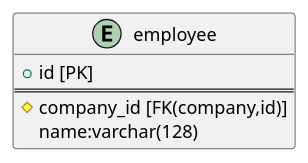
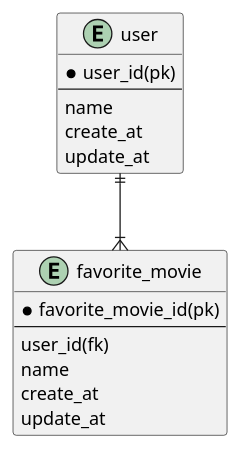
The diagram in ER_code.md (Aso2001409/2021sys-design), drawn with PlantUML before and after one commit. The commit also changed other lines of this file, not shown here.

```diff
--- a/ER_code.md
+++ b/ER_code.md
@@ -2,12 +2,22 @@
 @startuml
 
-
-entity "employee" {    
-    + id [PK]   
-    ==
-    # company_id [FK(company,id)]    
-    name:varchar(128)
+entity user {
+    * user_id(pk)
+    --
+    name
+    create_at
+    update_at
 }
 
+entity favorite_movie {
+    * favorite_movie_id(pk)
+    --
+    user_id(fk)
+    name
+    create_at
+    update_at
+}
+
+user ||--|{ favorite_movie
 
 @enduml
```
